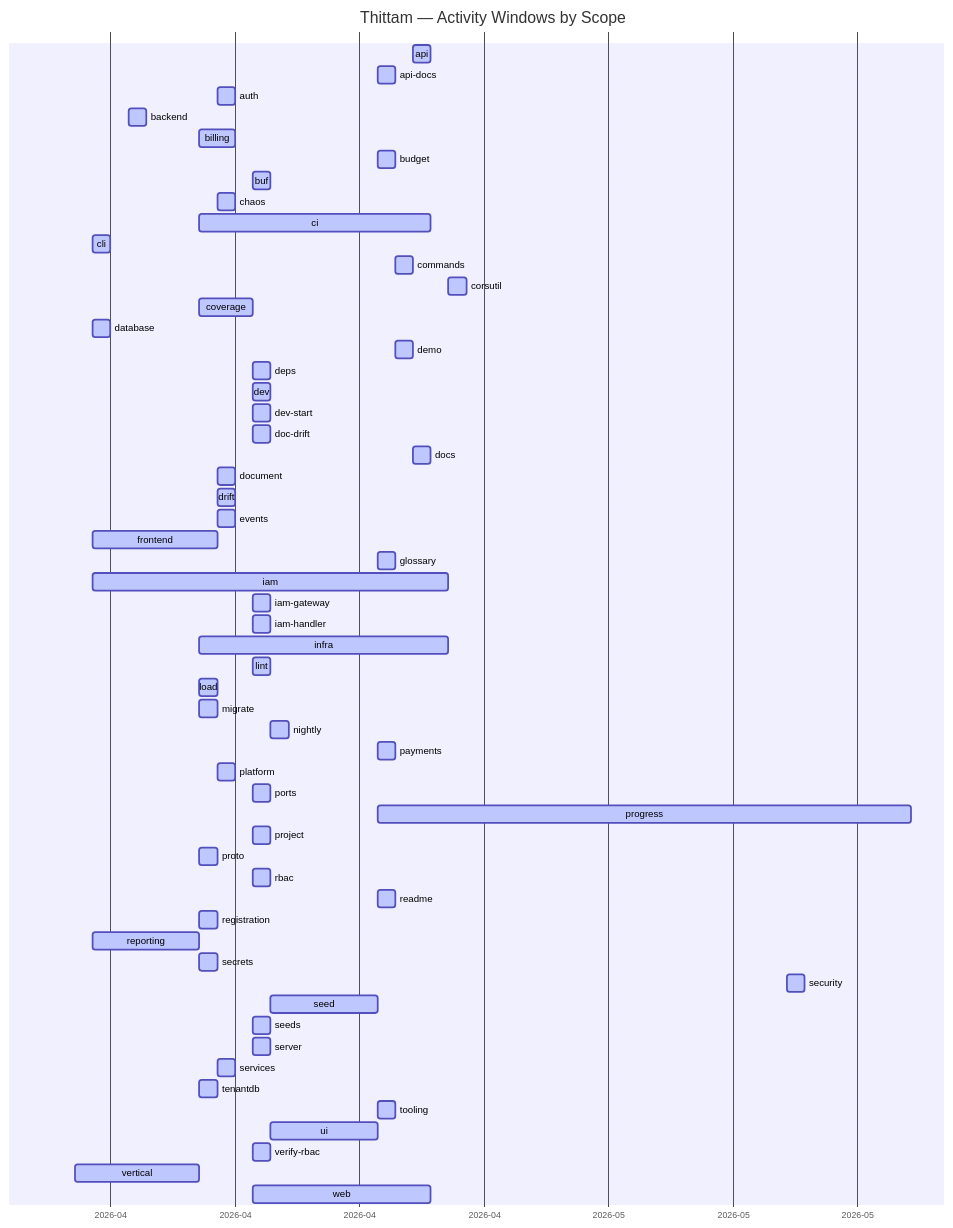
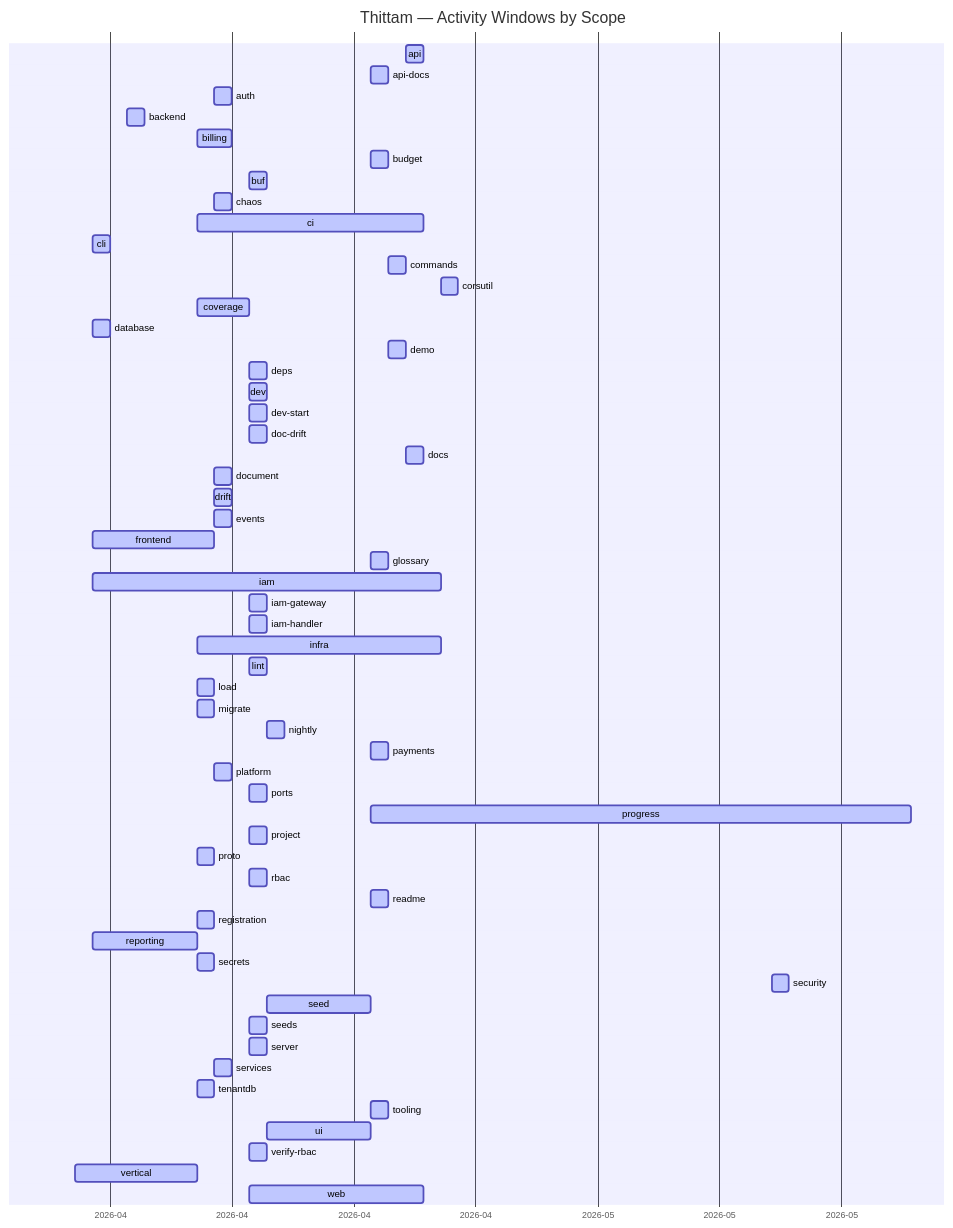
The diagram in docs/PROGRESS.md (wegofwd2020-hub/thittam), drawn with Mermaid before and after one commit. The commit also changed other lines of this file and 1 other file, not shown here.

Commit message:
chore(progress): nightly update of docs/PROGRESS.md + CSVs

````diff
--- a/docs/PROGRESS.md
+++ b/docs/PROGRESS.md
@@ -9,61 +9,61 @@
 ```mermaid
 gantt
     title Thittam — Activity Windows by Scope
     dateFormat YYYY-MM-DD
     axisFormat %Y-%m
     api                :active, s_api, 2026-04-22, 2026-04-23
     api-docs           :active, s_api_docs, 2026-04-20, 2026-04-21
     auth               :active, s_auth, 2026-04-11, 2026-04-12
     backend            :active, s_backend, 2026-04-06, 2026-04-07
     billing            :active, s_billing, 2026-04-10, 2026-04-12
     budget             :active, s_budget, 2026-04-20, 2026-04-21
     buf                :active, s_buf, 2026-04-13, 2026-04-14
     chaos              :active, s_chaos, 2026-04-11, 2026-04-12
     ci                 :active, s_ci, 2026-04-10, 2026-04-23
     cli                :active, s_cli, 2026-04-04, 2026-04-05
     commands           :active, s_commands, 2026-04-21, 2026-04-22
     corsutil           :active, s_corsutil, 2026-04-24, 2026-04-25
     coverage           :active, s_coverage, 2026-04-10, 2026-04-13
     database           :active, s_database, 2026-04-04, 2026-04-05
     demo               :active, s_demo, 2026-04-21, 2026-04-22
     deps               :active, s_deps, 2026-04-13, 2026-04-14
     dev                :active, s_dev, 2026-04-13, 2026-04-14
     dev-start          :active, s_dev_start, 2026-04-13, 2026-04-14
     doc-drift          :active, s_doc_drift, 2026-04-13, 2026-04-14
     docs               :active, s_docs, 2026-04-22, 2026-04-23
     document           :active, s_document, 2026-04-11, 2026-04-12
     drift              :active, s_drift, 2026-04-11, 2026-04-12
     events             :active, s_events, 2026-04-11, 2026-04-12
     frontend           :active, s_frontend, 2026-04-04, 2026-04-11
     glossary           :active, s_glossary, 2026-04-20, 2026-04-21
     iam                :active, s_iam, 2026-04-04, 2026-04-24
     iam-gateway        :active, s_iam_gateway, 2026-04-13, 2026-04-14
     iam-handler        :active, s_iam_handler, 2026-04-13, 2026-04-14
     infra              :active, s_infra, 2026-04-10, 2026-04-24
     lint               :active, s_lint, 2026-04-13, 2026-04-14
     load               :active, s_load, 2026-04-10, 2026-04-11
     migrate            :active, s_migrate, 2026-04-10, 2026-04-11
     nightly            :active, s_nightly, 2026-04-14, 2026-04-15
     payments           :active, s_payments, 2026-04-20, 2026-04-21
     platform           :active, s_platform, 2026-04-11, 2026-04-12
     ports              :active, s_ports, 2026-04-13, 2026-04-14
-    progress           :active, s_progress, 2026-04-20, 2026-05-20
+    progress           :active, s_progress, 2026-04-20, 2026-05-21
     project            :active, s_project, 2026-04-13, 2026-04-14
     proto              :active, s_proto, 2026-04-10, 2026-04-11
     rbac               :active, s_rbac, 2026-04-13, 2026-04-14
     readme             :active, s_readme, 2026-04-20, 2026-04-21
     registration       :active, s_registration, 2026-04-10, 2026-04-11
     reporting          :active, s_reporting, 2026-04-04, 2026-04-10
     secrets            :active, s_secrets, 2026-04-10, 2026-04-11
     security           :active, s_security, 2026-05-13, 2026-05-14
     seed               :active, s_seed, 2026-04-14, 2026-04-20
     seeds              :active, s_seeds, 2026-04-13, 2026-04-14
     server             :active, s_server, 2026-04-13, 2026-04-14
     services           :active, s_services, 2026-04-11, 2026-04-12
     tenantdb           :active, s_tenantdb, 2026-04-10, 2026-04-11
     tooling            :active, s_tooling, 2026-04-20, 2026-04-21
     ui                 :active, s_ui, 2026-04-14, 2026-04-20
     verify-rbac        :active, s_verify_rbac, 2026-04-13, 2026-04-14
     vertical           :active, s_vertical, 2026-04-03, 2026-04-10
     web                :active, s_web, 2026-04-13, 2026-04-23
 ```
````
